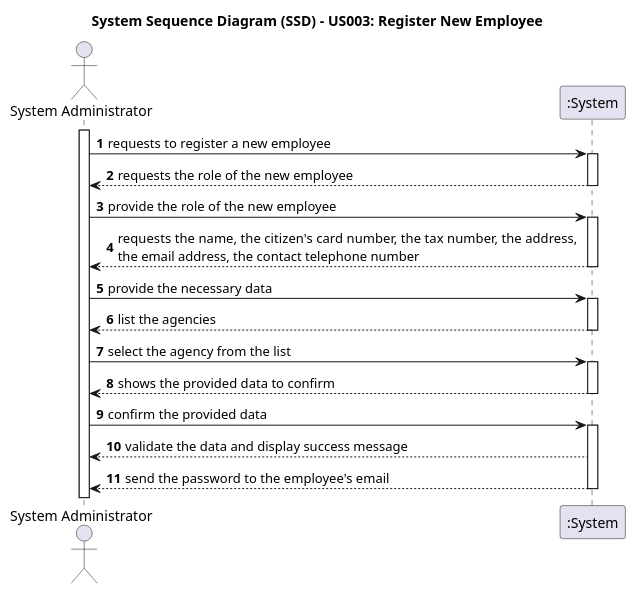
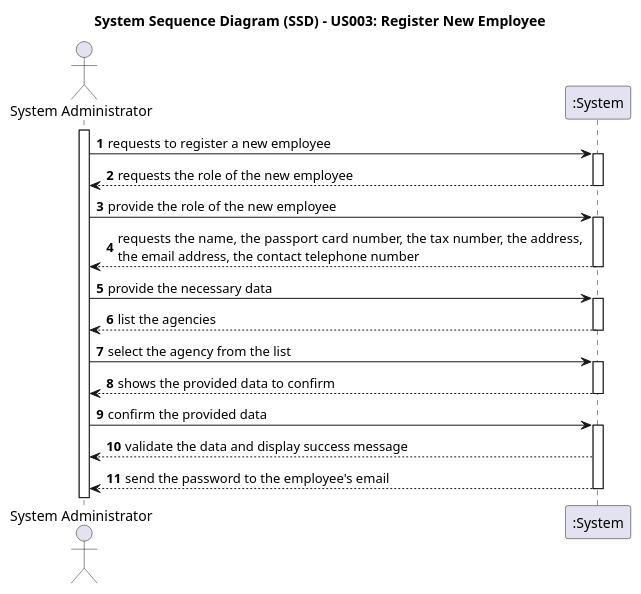
One commit to Goncalves2525/real-estate-management-system changed the diagram in docs/sprintB/us003/01.requirements-engineering/puml/us003-system-sequence-diagram.puml. Above: the diagram before and after it, drawn with PlantUML. The commit also changed 16 other files, not shown here.

Commit message:
Use Case Diagram and us3 ssd and sd

```diff
--- a/docs/sprintB/us003/01.requirements-engineering/puml/us003-system-sequence-diagram.puml
+++ b/docs/sprintB/us003/01.requirements-engineering/puml/us003-system-sequence-diagram.puml
@@ -1,48 +1,48 @@
 @startuml
 skinparam monochrome false
 skinparam packageStyle rectangle
 skinparam shadowing false
 
 title System Sequence Diagram (SSD) - US003: Register New Employee
 
 autonumber
 
 actor "System Administrator" as Admin
 participant ":System" as System
 
 activate Admin
 
     Admin -> System : requests to register a new employee
     activate System
 
         System --> Admin : requests the role of the new employee
     deactivate System
 
     Admin -> System : provide the role of the new employee
         activate System
 
-            System --> Admin : requests the name, the citizen's card number, the tax number, the address, \nthe email address, the contact telephone number
+            System --> Admin : requests the name, the passport card number, the tax number, the address, \nthe email address, the contact telephone number
 
         deactivate System
 
     Admin -> System : provide the necessary data
         activate System
 
             System --> Admin : list the agencies
         deactivate System
 
     Admin -> System : select the agency from the list
     activate System
 
         System --> Admin : shows the provided data to confirm
     deactivate System
 
     Admin -> System : confirm the provided data
     activate System
 
         System --> Admin : validate the data and display success message
         System --> Admin : send the password to the employee's email
 
     deactivate System
 
 @enduml
```
